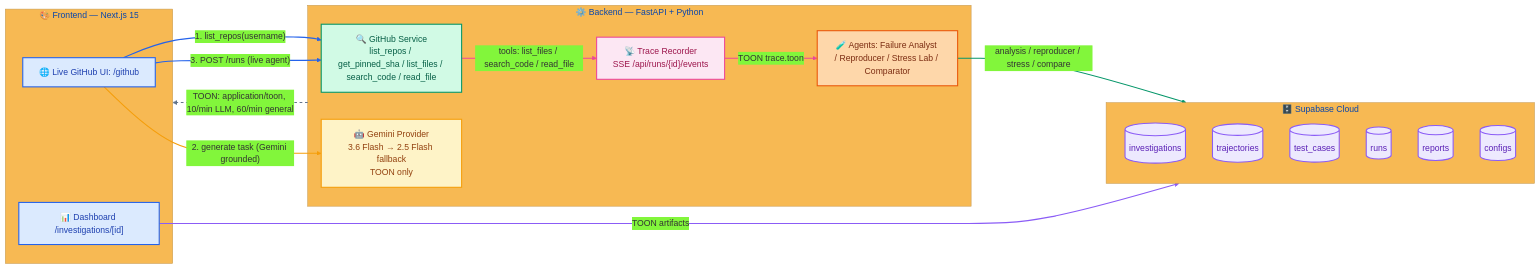
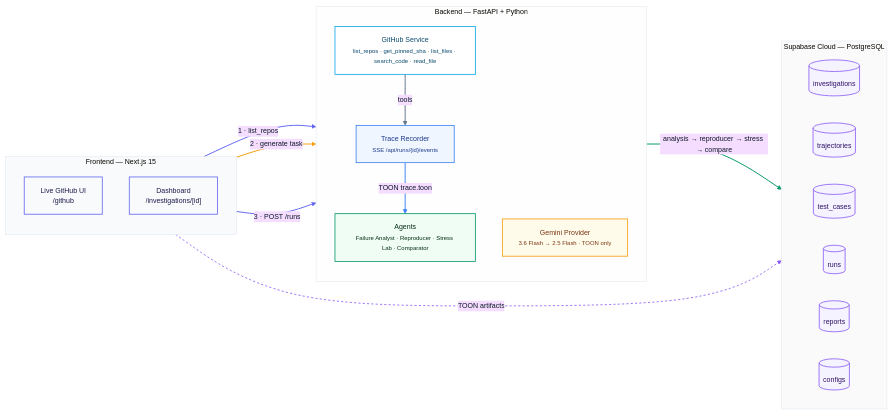
The diagram in README.md (aviralsrivastava851/Repo-Forge), drawn with Mermaid before and after one commit.

Commit message:
docs: professional mermaid — light slate/indigo/amber/emerald palette, high-contrast dark text, rounded subgraphs, readable on light/dark

````diff
--- a/README.md
+++ b/README.md
@@ -25,53 +25,59 @@
 ```mermaid
-%%{init: {'theme':'base', 'themeVariables': {'primaryColor':'#3B82F6','lineColor':'#64748B'}}}%%
+%%{init: {'theme':'base', 'themeVariables': {'fontSize':'13px','primaryTextColor':'#0F172A','lineColor':'#64748B'}}}%%
 flowchart LR
-    subgraph FE ["🎨 Frontend — Next.js 15"]
-      G["🌐 Live GitHub UI: /github"]
-      D["📊 Dashboard /investigations/[id]"]
+    subgraph FE ["Frontend — Next.js 15"]
+      direction TB
+      G["Live GitHub UI<br/>/github"]
+      D["Dashboard<br/>/investigations/[id]"]
     end
-    subgraph BE ["⚙️ Backend — FastAPI + Python"]
-      GH["🔍 GitHub Service<br/>list_repos / get_pinned_sha / list_files / search_code / read_file"]
-      GM["🤖 Gemini Provider<br/>3.6 Flash → 2.5 Flash fallback<br/>TOON only"]
-      AG["🧪 Agents: Failure Analyst / Reproducer / Stress Lab / Comparator"]
-      TR["📡 Trace Recorder<br/>SSE /api/runs/{id}/events"]
+    subgraph BE ["Backend — FastAPI + Python"]
+      direction TB
+      GH["GitHub Service<br/><span style='font-size:11px;color:#475569'>list_repos · get_pinned_sha · list_files · search_code · read_file</span>"]
+      GM["Gemini Provider<br/><span style='font-size:11px;color:#475569'>3.6 Flash → 2.5 Flash · TOON only</span>"]
+      AG["Agents<br/><span style='font-size:11px;color:#475569'>Failure Analyst · Reproducer · Stress Lab · Comparator</span>"]
+      TR["Trace Recorder<br/><span style='font-size:11px;color:#475569'>SSE /api/runs/{id}/events</span>"]
     end
-    subgraph DB ["🗄️ Supabase Cloud"]
+    subgraph DB ["Supabase Cloud — PostgreSQL"]
+      direction LR
       INV[(investigations)]
       TRAJ[(trajectories)]
       CASES[(test_cases)]
       RUNS[(runs)]
       REP[(reports)]
       CONF[(configs)]
     end
-    G -- "1. list_repos(username)" --> GH
-    G -- "2. generate task (Gemini grounded)" --> GM
-    G -- "3. POST /runs (live agent)" --> GH
-    GH -- "tools: list_files / search_code / read_file" --> TR
+
+    G -- "1 · list_repos" --> GH
+    G -- "2 · generate task" --> GM
+    G -- "3 · POST /runs" --> GH
+    GH -- "tools" --> TR
     TR -- "TOON trace.toon" --> AG
-    AG -- "analysis / reproducer / stress / compare" --> DB
-    D -- "TOON artifacts" --> DB
-    BE -- "TOON: application/toon, 10/min LLM, 60/min general" --> FE
+    AG -- "analysis → reproducer → stress → compare" --> DB
+    D -. "TOON artifacts" .-> DB
 
-    classDef frontend fill:#DBEAFE,stroke:#2563EB,stroke-width:2px,color:#1E40AF
-    classDef backend fill:#D1FAE5,stroke:#059669,stroke-width:2px,color:#065F46
-    classDef gemini fill:#FEF3C7,stroke:#F59E0B,stroke-width:2px,color:#92400E
-    classDef agents fill:#FED7AA,stroke:#EA580C,stroke-width:2px,color:#7C2D12
-    classDef trace fill:#FCE7F3,stroke:#EC4899,stroke-width:2px,color:#9D174D
-    classDef database fill:#EDE9FE,stroke:#8B5CF6,stroke-width:2px,color:#5B21B6
+    classDef frontend fill:#F8FAFC,stroke:#6366F1,stroke-width:1.5px,color:#1E1B4B
+    classDef backend fill:#FFFFFF,stroke:#0EA5E9,stroke-width:1.5px,color:#0C4A6E
+    classDef gemini fill:#FFFBEB,stroke:#F59E0B,stroke-width:1.5px,color:#78350F
+    classDef agents fill:#F0FDF4,stroke:#059669,stroke-width:1.5px,color:#052E16
+    classDef trace fill:#EFF6FF,stroke:#3B82F6,stroke-width:1.5px,color:#1E3A8A
+    classDef database fill:#F5F3FF,stroke:#8B5CF6,stroke-width:1.5px,color:#2E1065
 
     class G,D frontend
     class GH backend
     class GM gemini
     class AG agents
     class TR trace
     class INV,TRAJ,CASES,RUNS,REP,CONF database
 
-    linkStyle 0 stroke:#2563EB,stroke-width:2px
-    linkStyle 1 stroke:#F59E0B,stroke-width:2px
-    linkStyle 2 stroke:#2563EB,stroke-width:2px
-    linkStyle 3 stroke:#EC4899,stroke-width:2px
-    linkStyle 4 stroke:#EC4899,stroke-width:2px
-    linkStyle 5 stroke:#059669,stroke-width:2px
-    linkStyle 6 stroke:#8B5CF6,stroke-width:2px
-    linkStyle 7 stroke:#64748B,stroke-width:2px,stroke-dasharray: 5 5
+    style FE fill:#F8FAFC,stroke:#E2E8F0,stroke-width:1px,rounded:8px
+    style BE fill:#FEFEFE,stroke:#E2E8F0,stroke-width:1px,rounded:8px
+    style DB fill:#FAFAFA,stroke:#E2E8F0,stroke-width:1px,rounded:8px
+
+    linkStyle 0 stroke:#6366F1,stroke-width:1.8px
+    linkStyle 1 stroke:#F59E0B,stroke-width:1.8px
+    linkStyle 2 stroke:#6366F1,stroke-width:1.8px
+    linkStyle 3 stroke:#64748B,stroke-width:1.8px
+    linkStyle 4 stroke:#3B82F6,stroke-width:1.8px
+    linkStyle 5 stroke:#059669,stroke-width:1.8px
+    linkStyle 6 stroke:#8B5CF6,stroke-width:1.5px,stroke-dasharray:4 4
 ```
````
